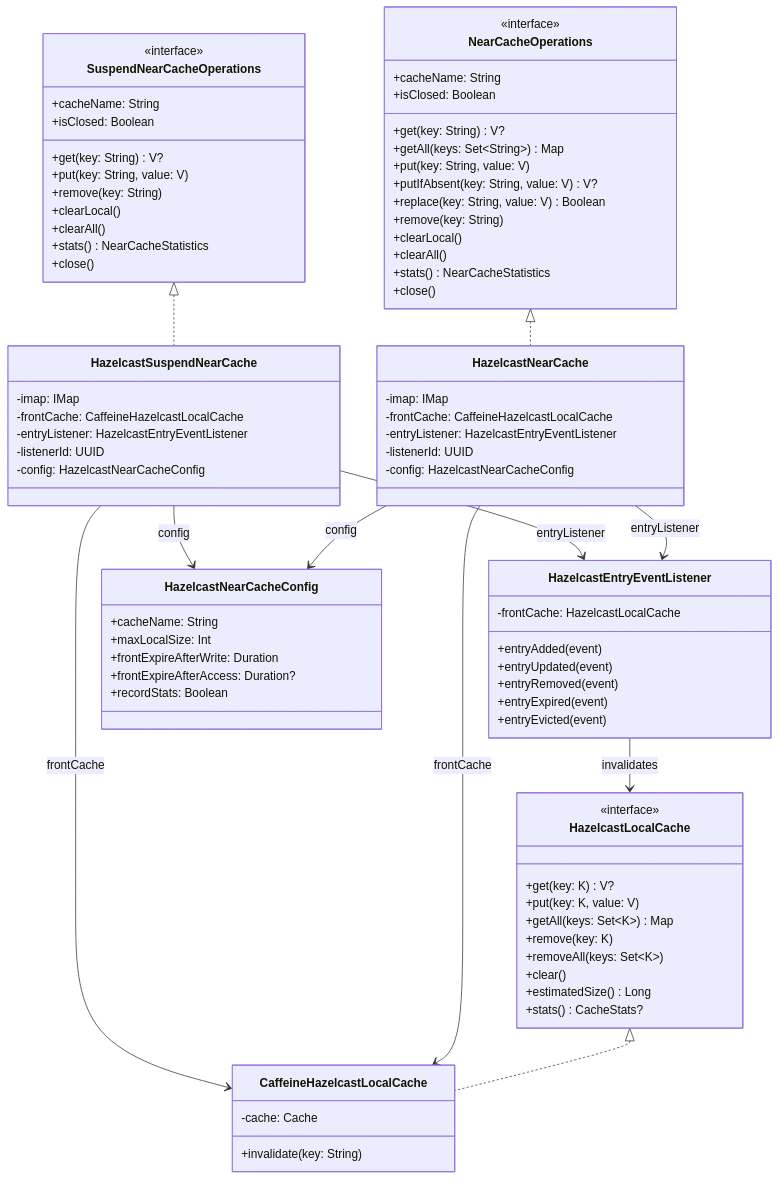
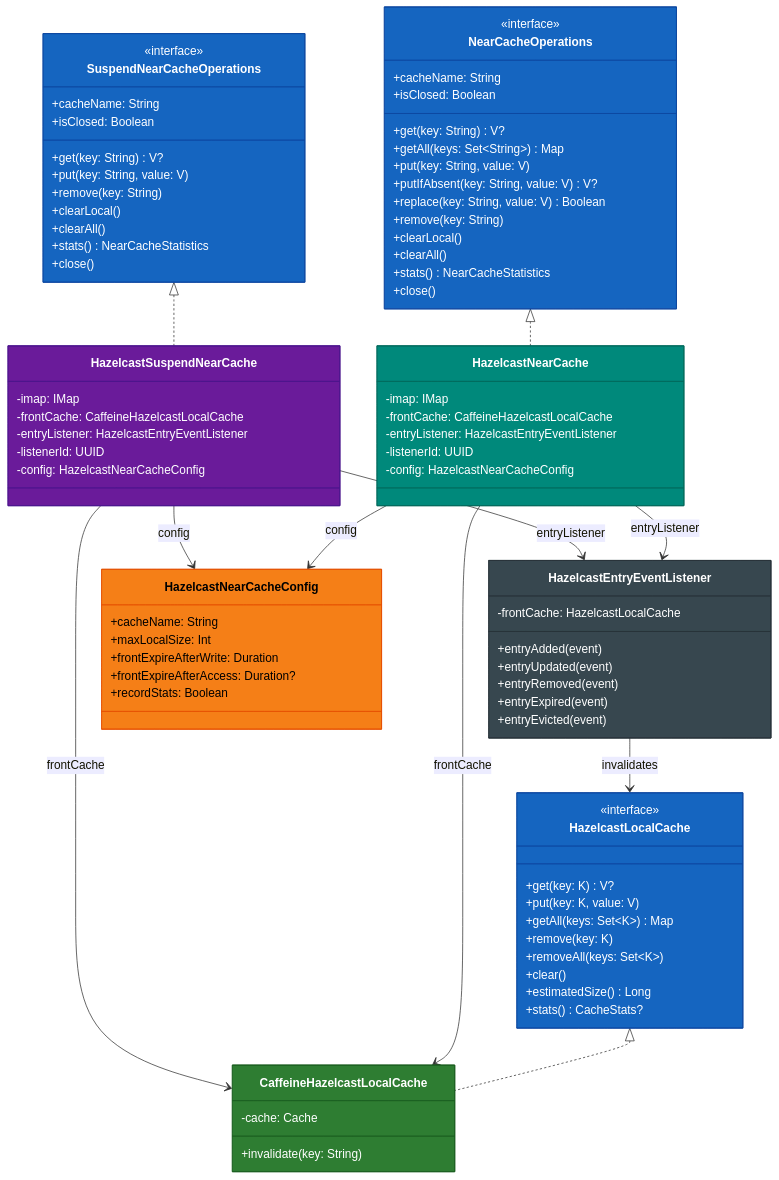
One commit to bluetape4k/bluetape4k-projects changed the second of 3 diagrams in infra/cache-hazelcast/README.ko.md. Above: the diagram before and after it, drawn with Mermaid. The commit also changed other lines of this file and 221 other files, not shown here.

First line of the commit message:
docs: 전체 모듈 README UML 다이어그램 보강 및 색상 업그레이드

````diff
--- a/infra/cache-hazelcast/README.ko.md
+++ b/infra/cache-hazelcast/README.ko.md
@@ -237,4 +243,13 @@
     HazelcastSuspendNearCache --> HazelcastNearCacheConfig: config
     HazelcastEntryEventListener --> HazelcastLocalCache: invalidates
 
+    style NearCacheOperations fill:#1565C0,stroke:#0D47A1,color:#FFFFFF
+    style SuspendNearCacheOperations fill:#1565C0,stroke:#0D47A1,color:#FFFFFF
+    style HazelcastNearCache fill:#00897B,stroke:#00695C,color:#FFFFFF
+    style HazelcastSuspendNearCache fill:#6A1B9A,stroke:#4A148C,color:#FFFFFF
+    style HazelcastLocalCache fill:#1565C0,stroke:#0D47A1,color:#FFFFFF
+    style CaffeineHazelcastLocalCache fill:#2E7D32,stroke:#1B5E20,color:#FFFFFF
+    style HazelcastEntryEventListener fill:#37474F,stroke:#263238,color:#FFFFFF
+    style HazelcastNearCacheConfig fill:#F57F17,stroke:#E65100,color:#000000
+
 ```
````
